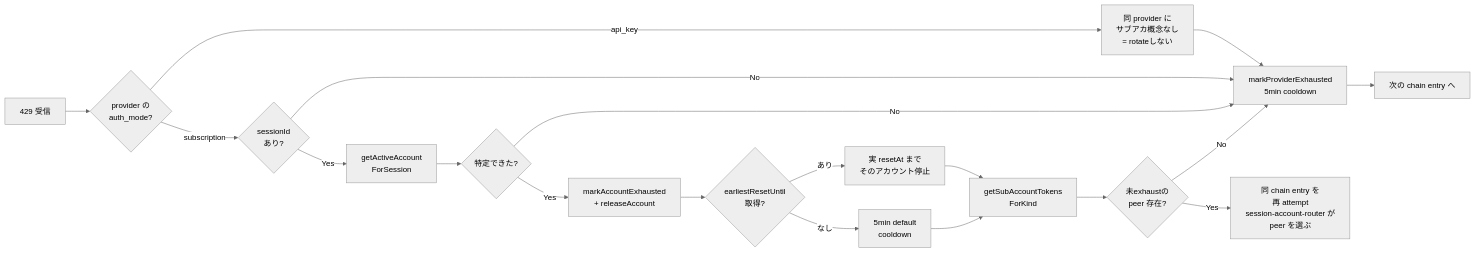
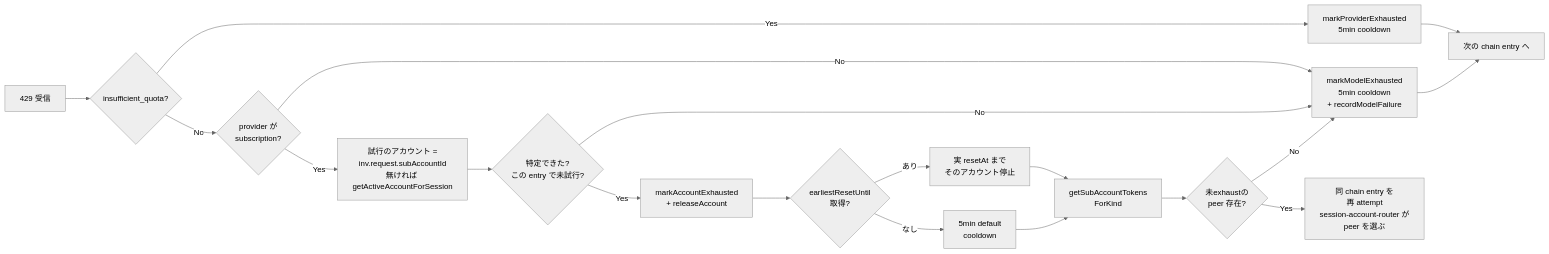
One commit to tkgstrator/rialto changed the second of 3 diagrams in docs/architecture/request-flow.md. Above: the diagram before and after it, drawn with Mermaid (neutral theme). The commit also changed other lines of this file and 21 other files, not shown here.

````diff
--- a/docs/architecture/request-flow.md
+++ b/docs/architecture/request-flow.md
@@ -89,24 +93,25 @@
 ```mermaid
 flowchart LR
-  E429[429 受信] --> K{provider の<br/>auth_mode?}
-  K -- api_key --> APIKEY[同 provider に<br/>サブアカ概念なし<br/>= rotateしない]
-  APIKEY --> ME[markProviderExhausted<br/>5min cooldown]
-  ME --> NX[次の chain entry へ]
+  E429[429 受信] --> IQ{insufficient_quota?}
+  IQ -- Yes --> MP[markProviderExhausted<br/>5min cooldown]
+  MP --> NX[次の chain entry へ]
 
-  K -- subscription --> S{sessionId<br/>あり?}
-  S -- No --> ME
-  S -- Yes --> SA[getActiveAccount<br/>ForSession]
-  SA --> SA1{特定できた?}
+  IQ -- No --> K{provider が<br/>subscription?}
+  K -- No --> ME[markModelExhausted<br/>5min cooldown<br/>+ recordModelFailure]
+  ME --> NX
+
+  K -- Yes --> SA[試行のアカウント =<br/>inv.request.subAccountId<br/>無ければ getActiveAccountForSession]
+  SA --> SA1{特定できた?<br/>この entry で未試行?}
   SA1 -- No --> ME
   SA1 -- Yes --> MA[markAccountExhausted<br/>+ releaseAccount]
 
   MA --> RES{earliestResetUntil<br/>取得?}
   RES -- あり --> MA2[実 resetAt まで<br/>そのアカウント停止]
   RES -- なし --> MA3[5min default<br/>cooldown]
 
   MA2 --> PEER[getSubAccountTokens<br/>ForKind]
   MA3 --> PEER
   PEER --> P{未exhaustの<br/>peer 存在?}
   P -- Yes --> RETRY[同 chain entry を<br/>再 attempt<br/>session-account-router が<br/>peer を選ぶ]
   P -- No --> ME
 ```
````
